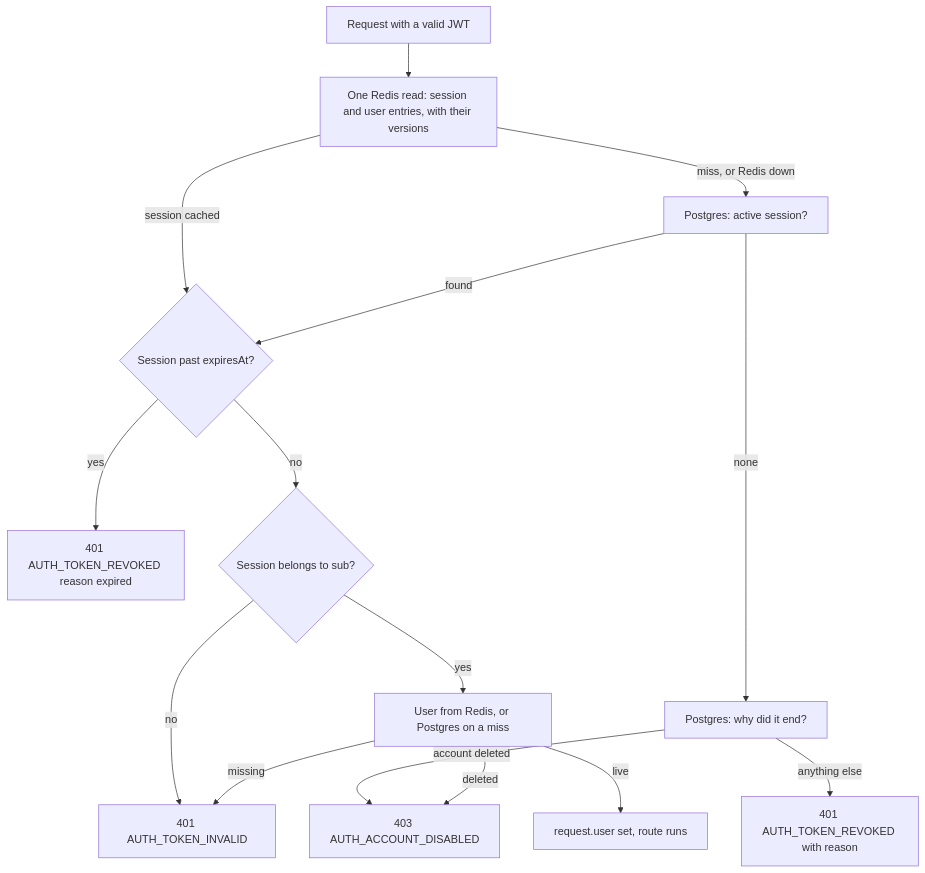
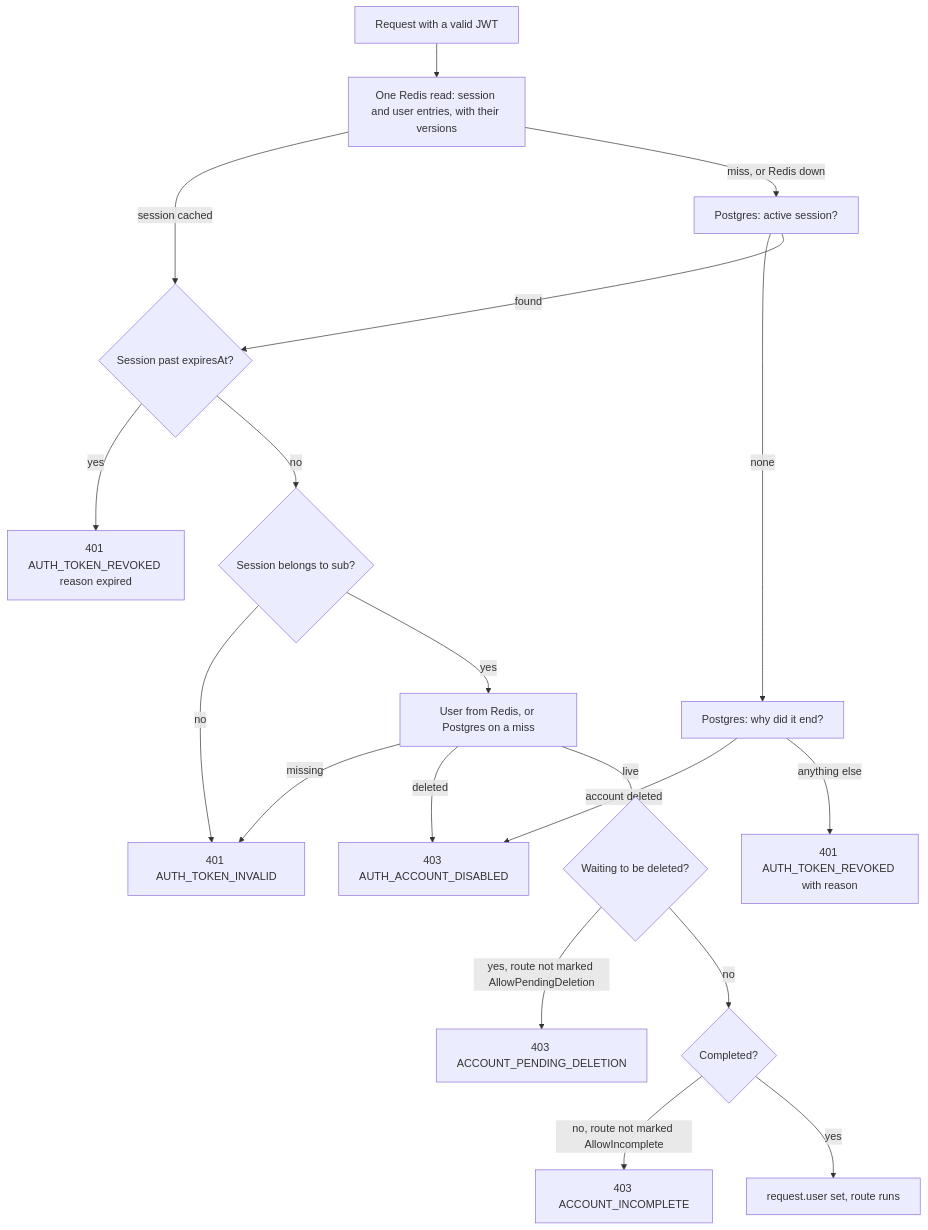
The diagram in docs/auth/sessions-and-tokens.md (StoriuSs/NezFocus-Backend), drawn with Mermaid before and after one commit. The commit also changed other lines of this file and 29 other files, not shown here.

Commit message:
docs: describe the 14-day account deletion wait and restore

````diff
--- a/docs/auth/sessions-and-tokens.md
+++ b/docs/auth/sessions-and-tokens.md
@@ -321,17 +328,21 @@
 ```mermaid
 flowchart TD
     A[Request with a valid JWT] --> B[One Redis read: session and user entries, with their versions]
     B -->|session cached| D{Session past expiresAt?}
     B -->|miss, or Redis down| C[Postgres: active session?]
     C -->|none| E[Postgres: why did it end?]
     E -->|account deleted| X1[403 AUTH_ACCOUNT_DISABLED]
     E -->|anything else| X2[401 AUTH_TOKEN_REVOKED with reason]
     C -->|found| D
     D -->|yes| X3[401 AUTH_TOKEN_REVOKED reason expired]
     D -->|no| F{Session belongs to sub?}
     F -->|no| X4[401 AUTH_TOKEN_INVALID]
     F -->|yes| G[User from Redis, or Postgres on a miss]
     G -->|missing| X4
     G -->|deleted| X1
-    G -->|live| OK[request.user set, route runs]
+    G -->|live| P{Waiting to be deleted?}
+    P -->|yes, route not marked AllowPendingDeletion| X5[403 ACCOUNT_PENDING_DELETION]
+    P -->|no| Q{Completed?}
+    Q -->|no, route not marked AllowIncomplete| X6[403 ACCOUNT_INCOMPLETE]
+    Q -->|yes| OK[request.user set, route runs]
 ```
````
